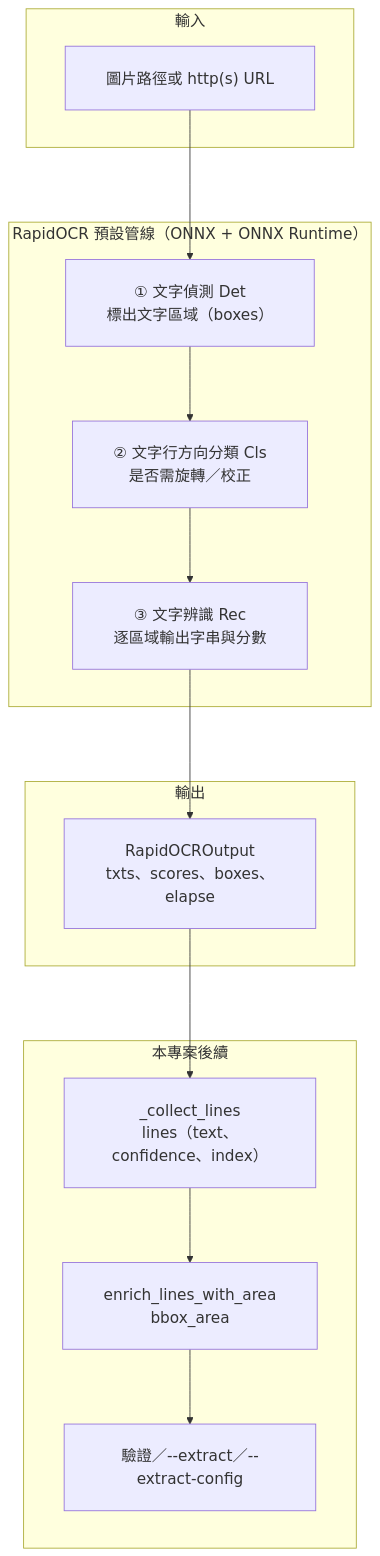
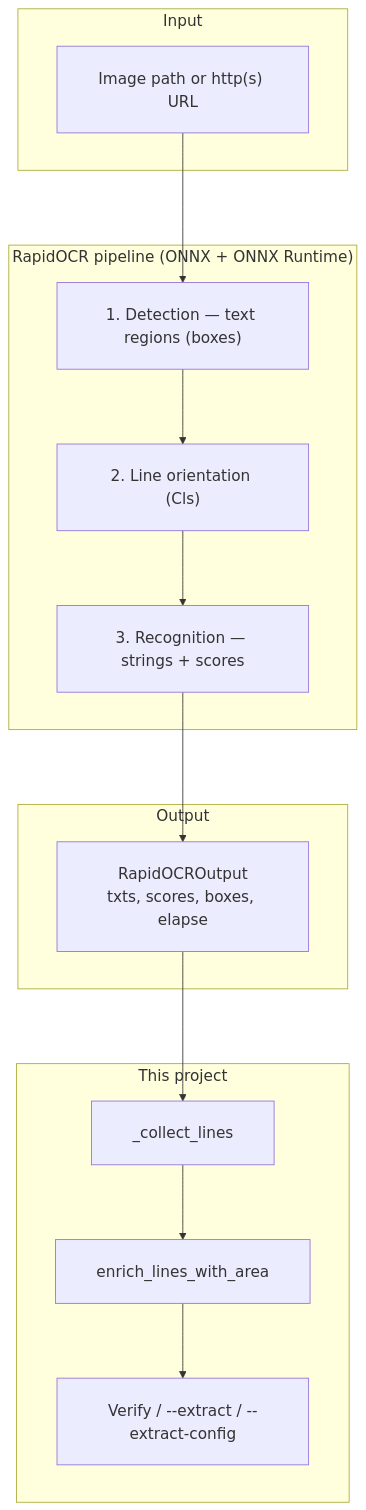
Before and after one commit to BrianChang1212/Image_Text_MicroOCR: the second of 3 diagrams in README.md, drawn with Mermaid. The commit also changed other lines of this file and 1 other file, not shown here.

````diff
--- a/README.md
+++ b/README.md
@@ -395,25 +389,25 @@
 ```mermaid
 %%{init: {'flowchart': {'nodeSpacing': 72, 'rankSpacing': 88, 'padding': 24, 'useMaxWidth': false}, 'themeVariables': {'fontSize': '18px'}}}%%
 flowchart TB
-  subgraph In["輸入"]
-    SRC["圖片路徑或 http(s) URL"]
+  subgraph In["Input"]
+    SRC["Image path or http(s) URL"]
   end
 
-  subgraph Pipe["RapidOCR 預設管線（ONNX + ONNX Runtime）"]
-    DET["① 文字偵測 Det<br/>標出文字區域（boxes）"]
-    CLS["② 文字行方向分類 Cls<br/>是否需旋轉／校正"]
-    REC["③ 文字辨識 Rec<br/>逐區域輸出字串與分數"]
+  subgraph Pipe["RapidOCR pipeline (ONNX + ONNX Runtime)"]
+    DET["1. Detection — text regions (boxes)"]
+    CLS["2. Line orientation (Cls)"]
+    REC["3. Recognition — strings + scores"]
   end
 
-  subgraph Res["輸出"]
-    RO["RapidOCROutput<br/>txts、scores、boxes、elapse"]
+  subgraph Res["Output"]
+    RO["RapidOCROutput<br/>txts, scores, boxes, elapse"]
   end
 
-  subgraph App["本專案後續"]
-    L["_collect_lines<br/>lines（text、confidence、index）"]
-    A["enrich_lines_with_area<br/>bbox_area"]
-    M["驗證／--extract／--extract-config"]
+  subgraph App["This project"]
+    L["_collect_lines"]
+    A["enrich_lines_with_area"]
+    M["Verify / --extract / --extract-config"]
   end
 
   SRC --> DET --> CLS --> REC --> RO --> L --> A --> M
 ```
````
